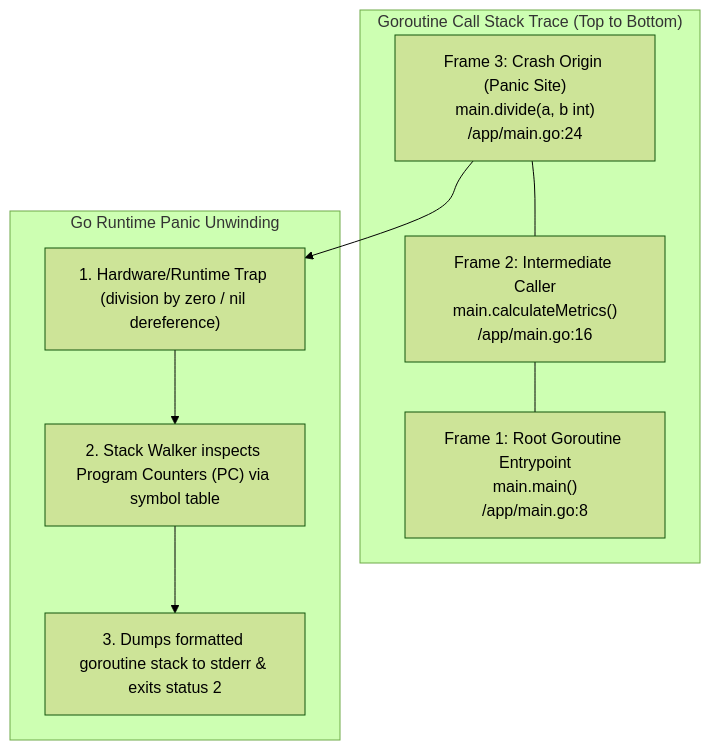
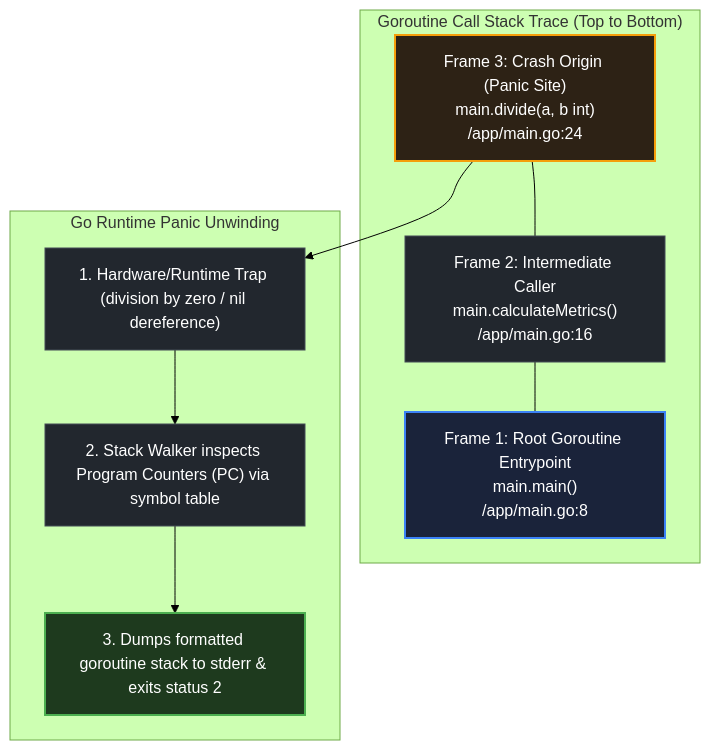
One commit to swe-labs/the-go-engineer changed the diagram in curriculum/modules/02-go-setup-tooling/lessons/11-reading-runtime-errors/README.md. Above: the diagram before and after it, drawn with Mermaid (forest theme). The commit also changed other lines of this file and 19 other files, not shown here.

````diff
--- a/curriculum/modules/02-go-setup-tooling/lessons/11-reading-runtime-errors/README.md
+++ b/curriculum/modules/02-go-setup-tooling/lessons/11-reading-runtime-errors/README.md
@@ -17,17 +20,23 @@
 ```mermaid
 flowchart TD
+    classDef frontDoor fill:#1a233a,stroke:#3b82f6,stroke-width:2px,color:#ffffff;
+    classDef exitGate fill:#1e3a1e,stroke:#4caf50,stroke-width:2px,color:#ffffff;
+    classDef standardNode fill:#22272e,stroke:#444c56,stroke-width:1px,color:#ffffff;
+    classDef capstoneNode fill:#2d2215,stroke:#f59e0b,stroke-width:2px,color:#ffffff;
+    classDef container fill:#161b22,stroke:#30363d,stroke-width:1px,color:#8b949e;
+
     subgraph Stack["Goroutine Call Stack Trace (Top to Bottom)"]
-        F3["Frame 3: Crash Origin (Panic Site)\nmain.divide(a, b int)\n/app/main.go:24"]
-        F2["Frame 2: Intermediate Caller\nmain.calculateMetrics()\n/app/main.go:16"]
-        F1["Frame 1: Root Goroutine Entrypoint\nmain.main()\n/app/main.go:8"]
+        F3["Frame 3: Crash Origin (Panic Site)\nmain.divide(a, b int)\n/app/main.go:24"]:::capstoneNode
+        F2["Frame 2: Intermediate Caller\nmain.calculateMetrics()\n/app/main.go:16"]:::standardNode
+        F1["Frame 1: Root Goroutine Entrypoint\nmain.main()\n/app/main.go:8"]:::frontDoor
     end
 
     subgraph RuntimeAction["Go Runtime Panic Unwinding"]
-        P_OCCUR["1. Hardware/Runtime Trap (division by zero / nil dereference)"]
-        P_WALK["2. Stack Walker inspects Program Counters (PC) via symbol table"]
-        P_EMIT["3. Dumps formatted goroutine stack to stderr & exits status 2"]
+        P_OCCUR["1. Hardware/Runtime Trap (division by zero / nil dereference)"]:::standardNode
+        P_WALK["2. Stack Walker inspects Program Counters (PC) via symbol table"]:::standardNode
+        P_EMIT["3. Dumps formatted goroutine stack to stderr & exits status 2"]:::exitGate
     end
 
     F3 --> P_OCCUR --> P_WALK --> P_EMIT
     F3 --- F2 --- F1
 ```
````
